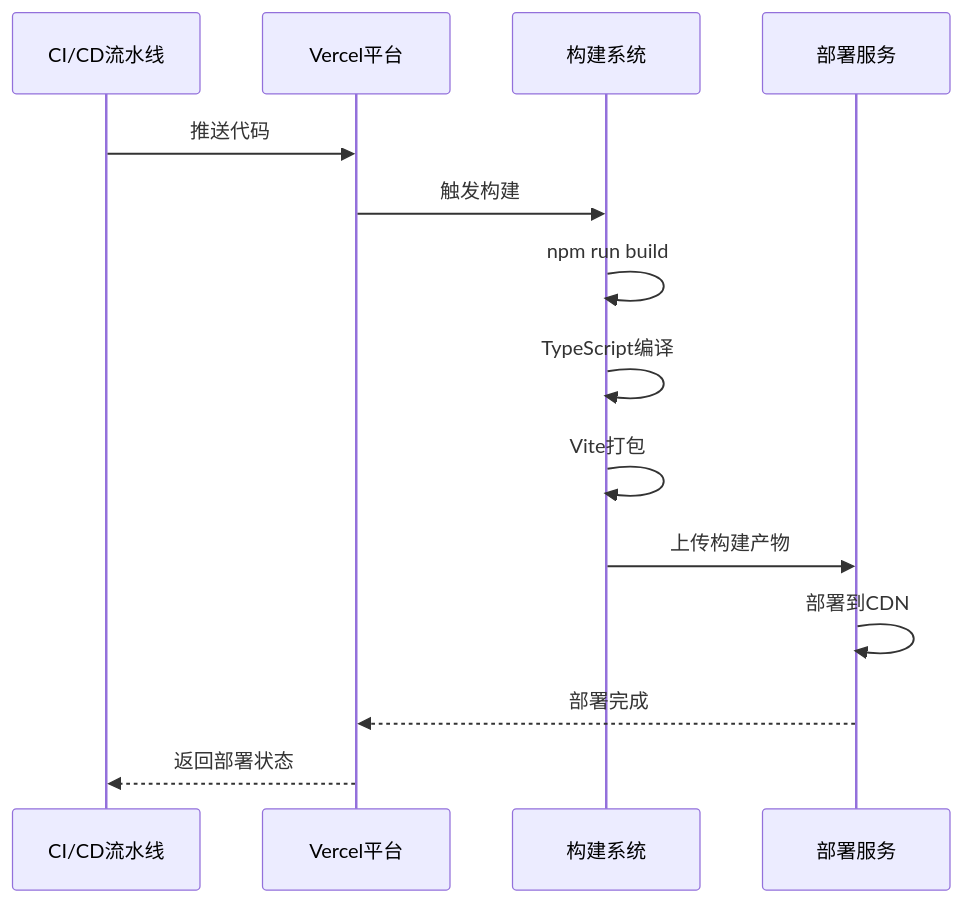
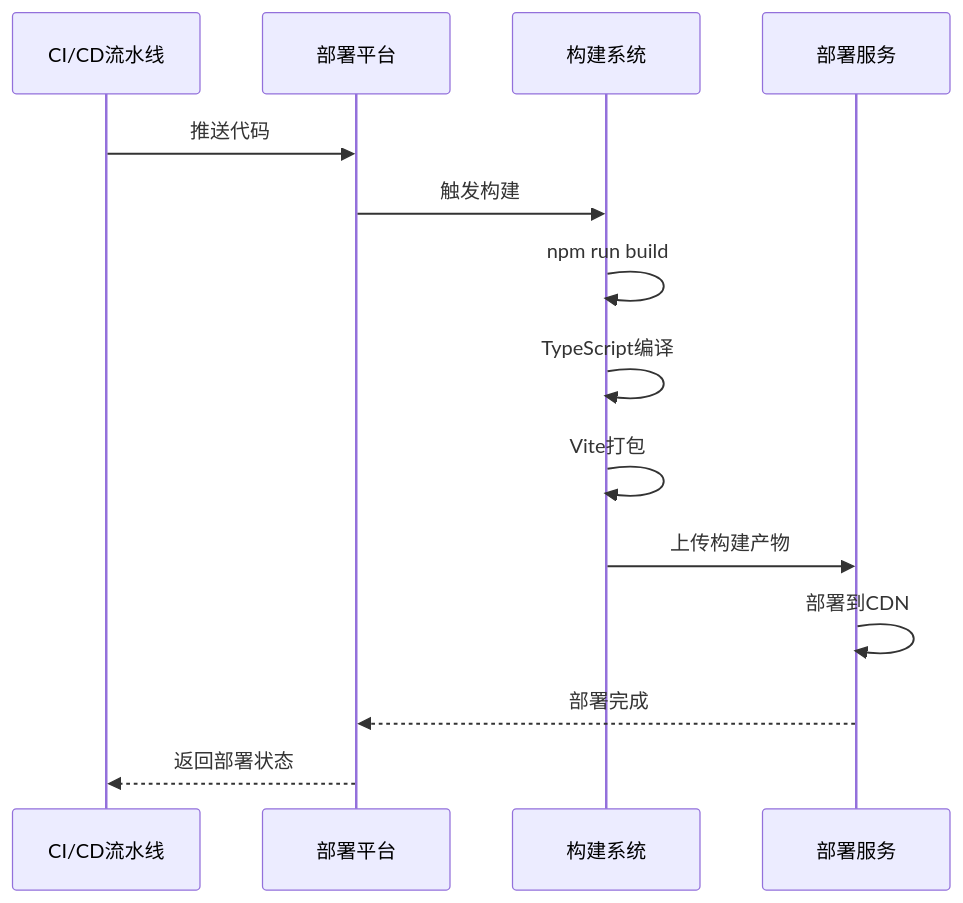
The fourth of 9 diagrams in .qoder/repowiki/zh/content/部署与维护/现代化部署配置.md (liangxuanliang-cmd/carbon-info-agent), drawn with Mermaid before and after one commit. The commit also changed other lines of this file and 4 other files, not shown here.

````diff
--- a/.qoder/repowiki/zh/content/部署与维护/现代化部署配置.md
+++ b/.qoder/repowiki/zh/content/部署与维护/现代化部署配置.md
@@ -161,16 +212,16 @@
 ```mermaid
 sequenceDiagram
 participant CI as CI/CD流水线
-participant Vercel as Vercel平台
+participant Platform as 部署平台
 participant Build as 构建系统
 participant Deploy as 部署服务
-CI->>Vercel : 推送代码
-Vercel->>Build : 触发构建
+CI->>Platform : 推送代码
+Platform->>Build : 触发构建
 Build->>Build : npm run build
 Build->>Build : TypeScript编译
 Build->>Build : Vite打包
 Build->>Deploy : 上传构建产物
 Deploy->>Deploy : 部署到CDN
-Deploy-->>Vercel : 部署完成
-Vercel-->>CI : 返回部署状态
+Deploy-->>Platform : 部署完成
+Platform-->>CI : 返回部署状态
 ```
````
